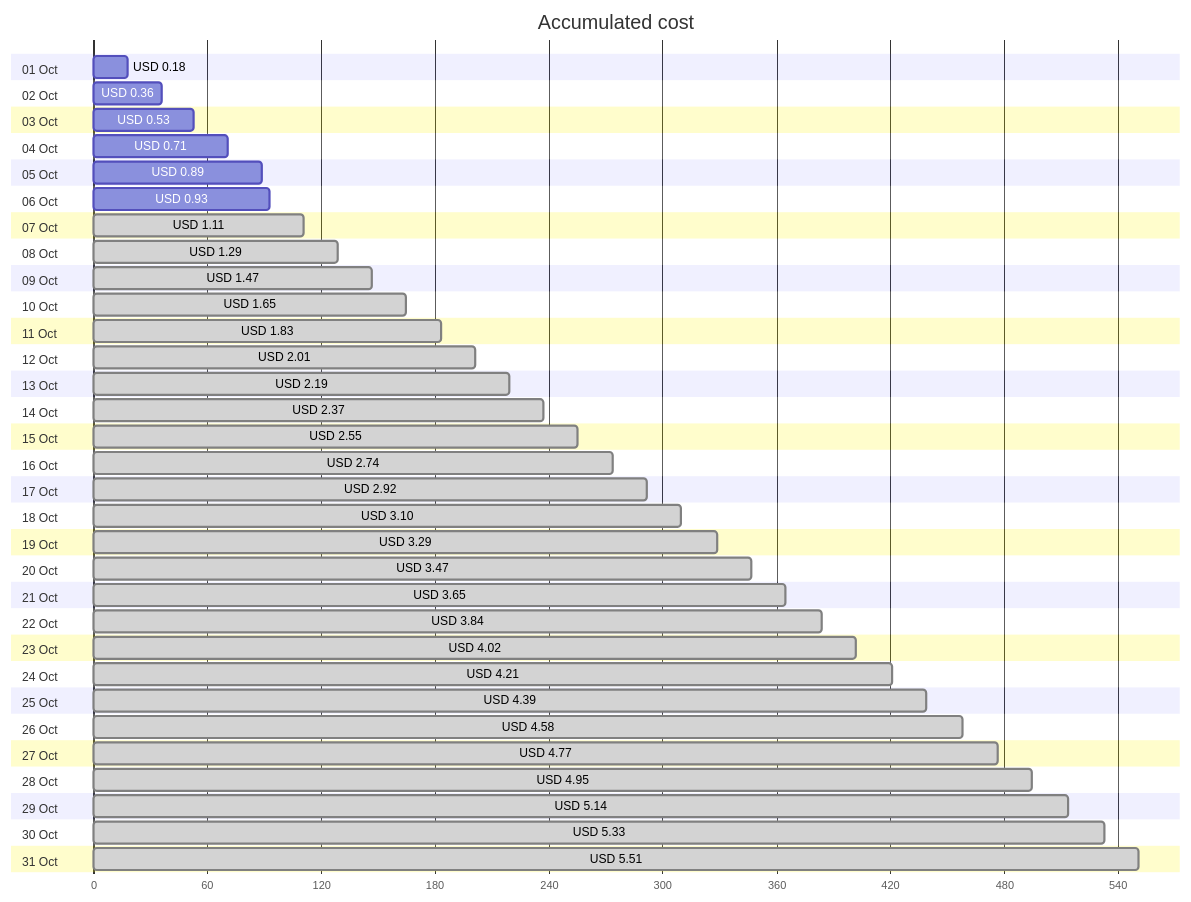
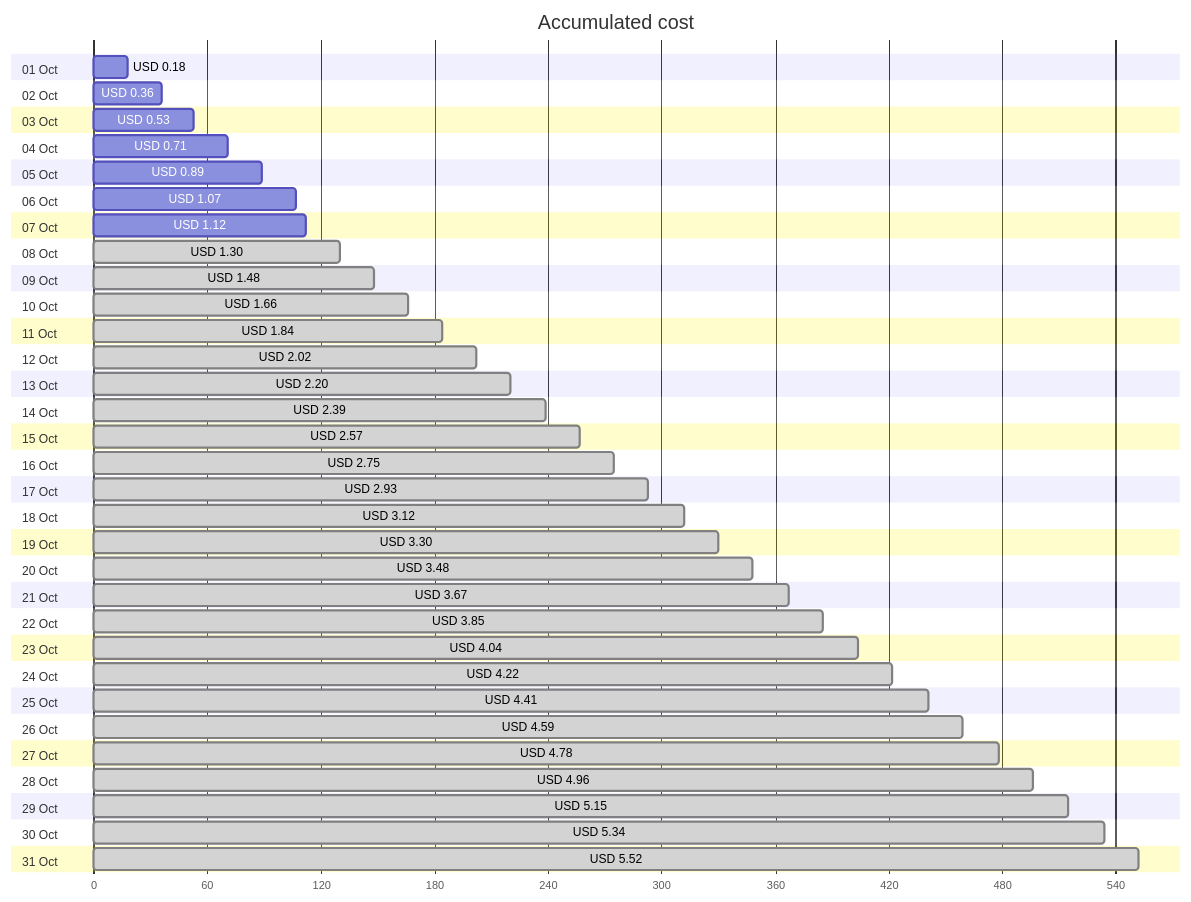
The first of 4 diagrams in cost-reports/personal-network/backup-server.md (jpfulton/azure-personal-reports), drawn with Mermaid before and after one commit. The commit also changed other lines of this file and 8 other files, not shown here.

````diff
--- a/cost-reports/personal-network/backup-server.md
+++ b/cost-reports/personal-network/backup-server.md
@@ -20,68 +20,68 @@
 ```mermaid
 gantt
    title Accumulated cost
    dateFormat  X
    axisFormat %s
    section 01 Oct
    USD 0.18 :0, 18
    section 02 Oct
    USD 0.36 :0, 36
    section 03 Oct
    USD 0.53 :0, 53
    section 04 Oct
    USD 0.71 :0, 71
    section 05 Oct
    USD 0.89 :0, 89
    section 06 Oct
-   USD 0.93 :0, 93
+   USD 1.07 :0, 107
    section 07 Oct
-   USD 1.11 : done, 0, 111
+   USD 1.12 :0, 112
    section 08 Oct
-   USD 1.29 : done, 0, 129
+   USD 1.30 : done, 0, 130
    section 09 Oct
-   USD 1.47 : done, 0, 147
+   USD 1.48 : done, 0, 148
    section 10 Oct
-   USD 1.65 : done, 0, 165
+   USD 1.66 : done, 0, 166
    section 11 Oct
-   USD 1.83 : done, 0, 183
+   USD 1.84 : done, 0, 184
    section 12 Oct
-   USD 2.01 : done, 0, 201
+   USD 2.02 : done, 0, 202
    section 13 Oct
-   USD 2.19 : done, 0, 219
+   USD 2.20 : done, 0, 220
    section 14 Oct
-   USD 2.37 : done, 0, 237
+   USD 2.39 : done, 0, 239
    section 15 Oct
-   USD 2.55 : done, 0, 255
+   USD 2.57 : done, 0, 257
    section 16 Oct
-   USD 2.74 : done, 0, 274
+   USD 2.75 : done, 0, 275
    section 17 Oct
-   USD 2.92 : done, 0, 292
+   USD 2.93 : done, 0, 293
    section 18 Oct
-   USD 3.10 : done, 0, 310
+   USD 3.12 : done, 0, 312
    section 19 Oct
-   USD 3.29 : done, 0, 329
+   USD 3.30 : done, 0, 330
    section 20 Oct
-   USD 3.47 : done, 0, 347
+   USD 3.48 : done, 0, 348
    section 21 Oct
-   USD 3.65 : done, 0, 365
+   USD 3.67 : done, 0, 367
    section 22 Oct
-   USD 3.84 : done, 0, 384
+   USD 3.85 : done, 0, 385
    section 23 Oct
-   USD 4.02 : done, 0, 402
+   USD 4.04 : done, 0, 404
    section 24 Oct
-   USD 4.21 : done, 0, 421
+   USD 4.22 : done, 0, 422
    section 25 Oct
-   USD 4.39 : done, 0, 439
+   USD 4.41 : done, 0, 441
    section 26 Oct
-   USD 4.58 : done, 0, 458
+   USD 4.59 : done, 0, 459
    section 27 Oct
-   USD 4.77 : done, 0, 477
+   USD 4.78 : done, 0, 478
    section 28 Oct
-   USD 4.95 : done, 0, 495
+   USD 4.96 : done, 0, 496
    section 29 Oct
-   USD 5.14 : done, 0, 514
+   USD 5.15 : done, 0, 515
    section 30 Oct
-   USD 5.33 : done, 0, 533
+   USD 5.34 : done, 0, 534
    section 31 Oct
-   USD 5.51 : done, 0, 551
+   USD 5.52 : done, 0, 552
 ```
````
